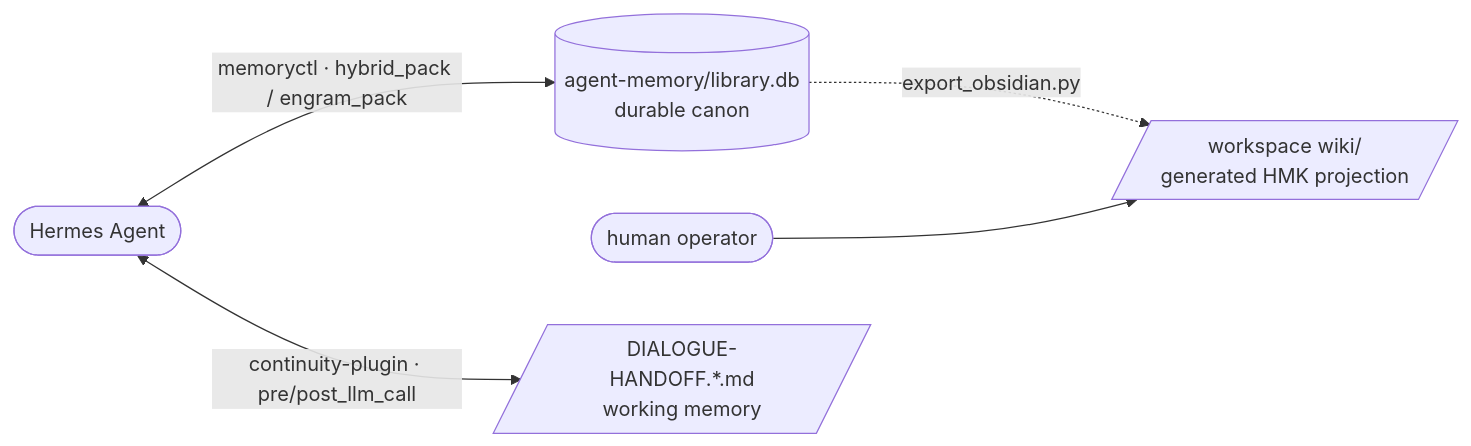
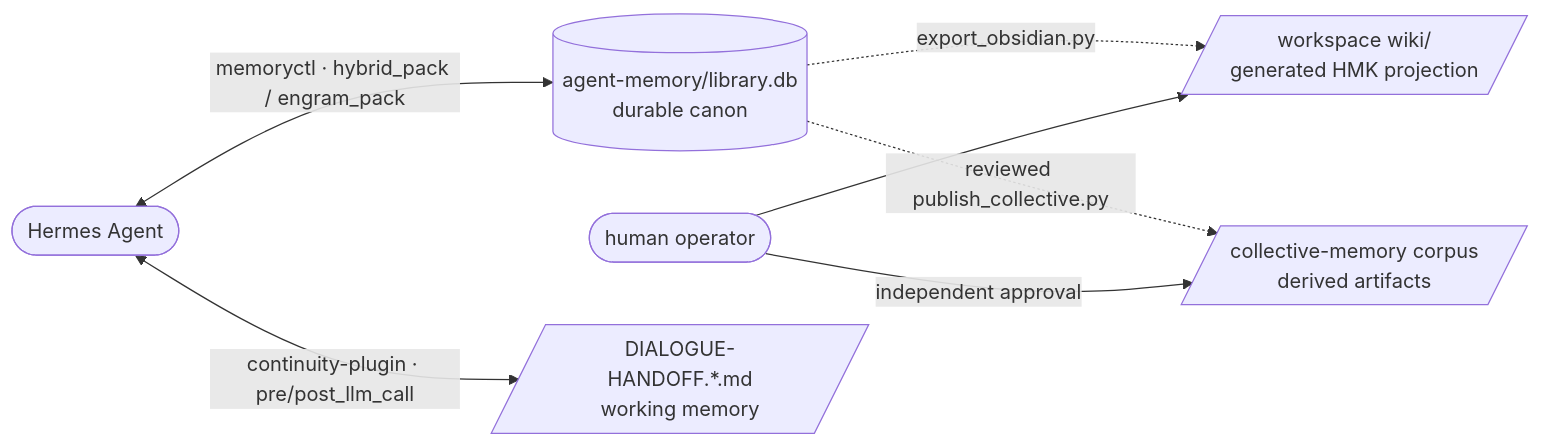
Before and after one commit to Fede654/hermes-memory-kit: the diagram in README.md, drawn with Mermaid. The commit also changed other lines of this file and 7 other files, not shown here.

Commit message:
feat(memory): add reviewed collective publication

````diff
--- a/README.md
+++ b/README.md
@@ -197,10 +200,12 @@
 ```mermaid
 flowchart LR
     LLM([Hermes Agent])
     H([human operator])
 
     LLM <-->|"memoryctl · hybrid_pack / engram_pack"| DB[("agent-memory/library.db<br/>durable canon")]
     LLM <-->|"continuity-plugin · pre/post_llm_call"| DH[/"DIALOGUE-HANDOFF.*.md<br/>working memory"/]
     DB -.->|"export_obsidian.py"| WIKI[/"workspace wiki/<br/>generated HMK projection"/]
+    DB -.->|"reviewed publish_collective.py"| CM[/"collective-memory corpus<br/>derived artifacts"/]
     H --> WIKI
+    H -->|"independent approval"| CM
 ```
````
